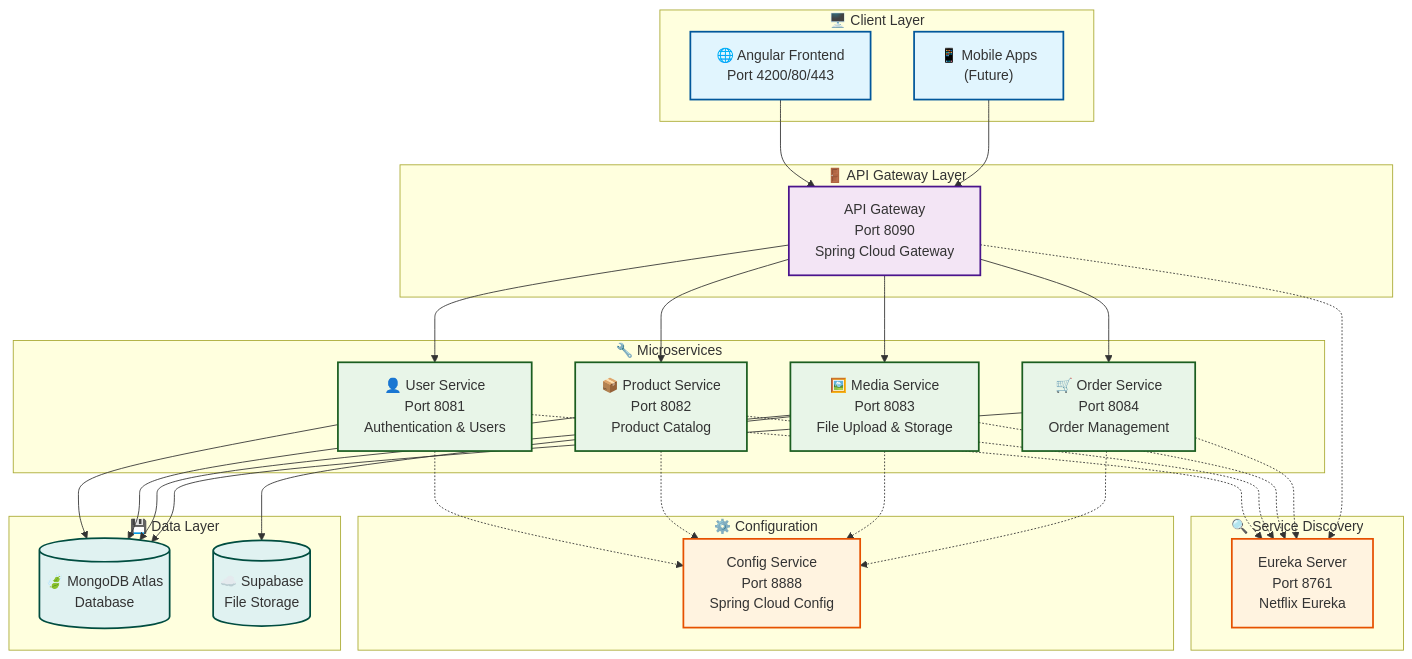
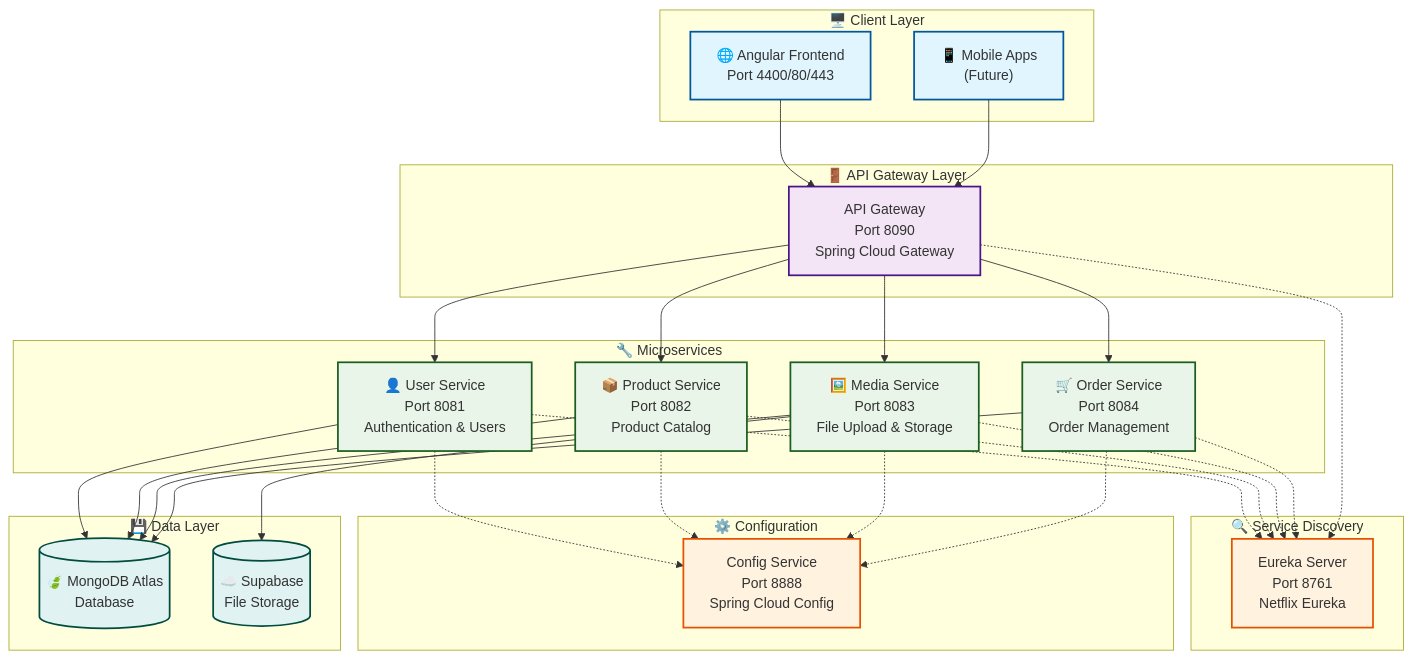
The diagram in README.md (TanakAiko/mr-jenk), drawn with Mermaid before and after one commit. The commit also changed other lines of this file and 6 other files, not shown here.

Commit message:
Update application ports and Chrome binary path: change frontend port to 4400 and update Chrome binary to Google Chrome

````diff
--- a/README.md
+++ b/README.md
@@ -27,67 +27,67 @@
 ```mermaid
 flowchart TB
     subgraph Client["🖥️ Client Layer"]
-        WEB["🌐 Angular Frontend<br/>Port 4200/80/443"]
+        WEB["🌐 Angular Frontend<br/>Port 4400/80/443"]
         MOBILE["📱 Mobile Apps<br/>(Future)"]
     end
     
     subgraph Gateway["🚪 API Gateway Layer"]
         APIGATE["API Gateway<br/>Port 8090<br/>Spring Cloud Gateway"]
     end
     
     subgraph Discovery["🔍 Service Discovery"]
         EUREKA["Eureka Server<br/>Port 8761<br/>Netflix Eureka"]
     end
     
     subgraph Config["⚙️ Configuration"]
         CONFIGSVC["Config Service<br/>Port 8888<br/>Spring Cloud Config"]
     end
     
     subgraph Services["🔧 Microservices"]
         USER["👤 User Service<br/>Port 8081<br/>Authentication & Users"]
         PRODUCT["📦 Product Service<br/>Port 8082<br/>Product Catalog"]
         MEDIA["🖼️ Media Service<br/>Port 8083<br/>File Upload & Storage"]
         ORDER["🛒 Order Service<br/>Port 8084<br/>Order Management"]
     end
     
     subgraph Data["💾 Data Layer"]
         MONGO[("🍃 MongoDB Atlas<br/>Database")]
         SUPABASE[("☁️ Supabase<br/>File Storage")]
     end
     
     WEB --> APIGATE
     MOBILE --> APIGATE
     APIGATE --> USER
     APIGATE --> PRODUCT
     APIGATE --> MEDIA
     APIGATE --> ORDER
     
     USER -.-> EUREKA
     PRODUCT -.-> EUREKA
     MEDIA -.-> EUREKA
     ORDER -.-> EUREKA
     APIGATE -.-> EUREKA
     
     USER -.-> CONFIGSVC
     PRODUCT -.-> CONFIGSVC
     MEDIA -.-> CONFIGSVC
     ORDER -.-> CONFIGSVC
     
     USER --> MONGO
     PRODUCT --> MONGO
     MEDIA --> MONGO
     ORDER --> MONGO
     MEDIA --> SUPABASE
     
     classDef clientStyle fill:#e1f5fe,stroke:#01579b,stroke-width:2px
     classDef gatewayStyle fill:#f3e5f5,stroke:#4a148c,stroke-width:2px
     classDef serviceStyle fill:#e8f5e8,stroke:#1b5e20,stroke-width:2px
     classDef dataStyle fill:#e0f2f1,stroke:#004d40,stroke-width:2px
     classDef configStyle fill:#fff3e0,stroke:#e65100,stroke-width:2px
     
     class WEB,MOBILE clientStyle
     class APIGATE gatewayStyle
     class USER,PRODUCT,MEDIA,ORDER serviceStyle
     class MONGO,SUPABASE dataStyle
     class EUREKA,CONFIGSVC configStyle
 ```
````
